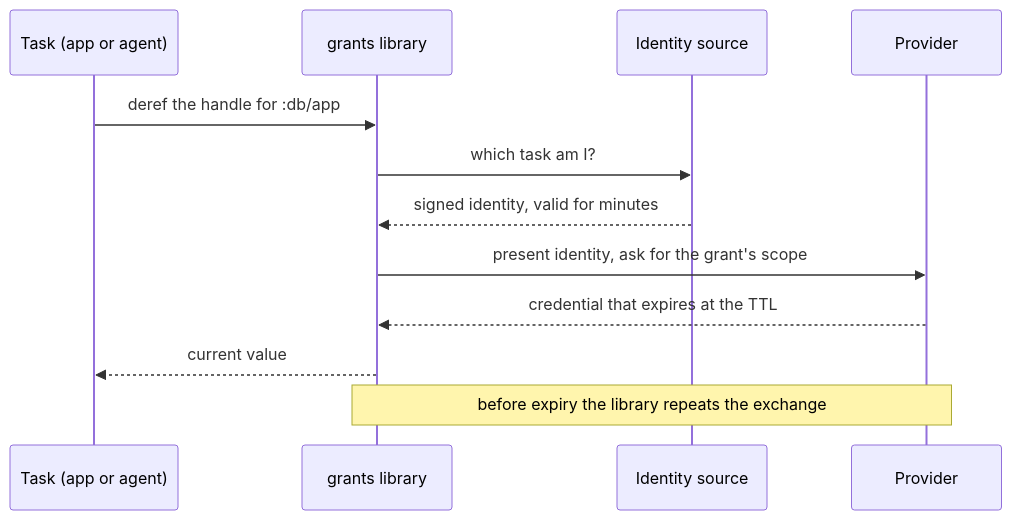
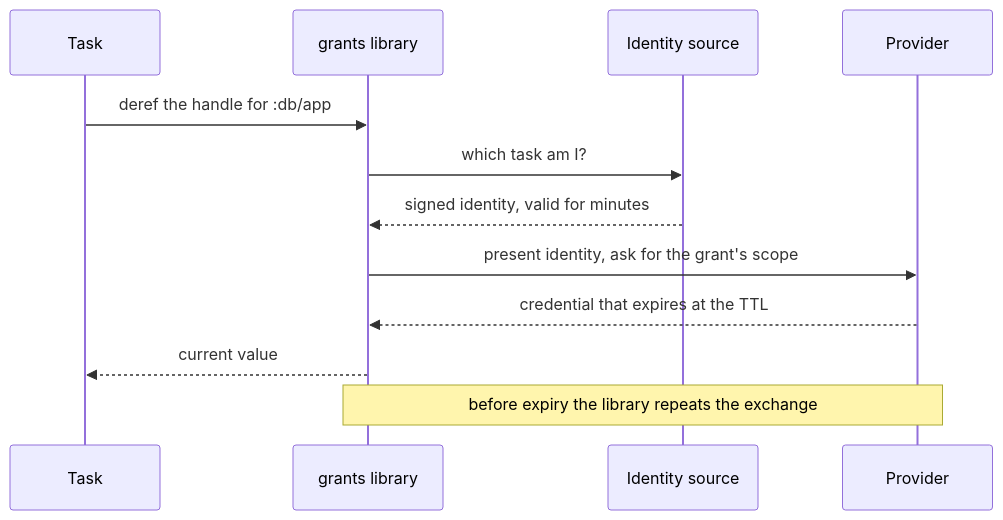
Before and after one commit to kirahowe/grants: the second of 7 diagrams in doc/design.md, drawn with Mermaid. The commit also changed other lines of this file and 2 other files, not shown here.

````diff
--- a/doc/design.md
+++ b/doc/design.md
@@ -123,14 +189,14 @@
 ```mermaid
 sequenceDiagram
-    participant T as Task (app or agent)
+    participant T as Task
     participant L as grants library
     participant I as Identity source
     participant P as Provider
     T->>L: deref the handle for :db/app
     L->>I: which task am I?
     I-->>L: signed identity, valid for minutes
     L->>P: present identity, ask for the grant's scope
     P-->>L: credential that expires at the TTL
     L-->>T: current value
     Note over L,P: before expiry the library repeats the exchange
 ```
````
